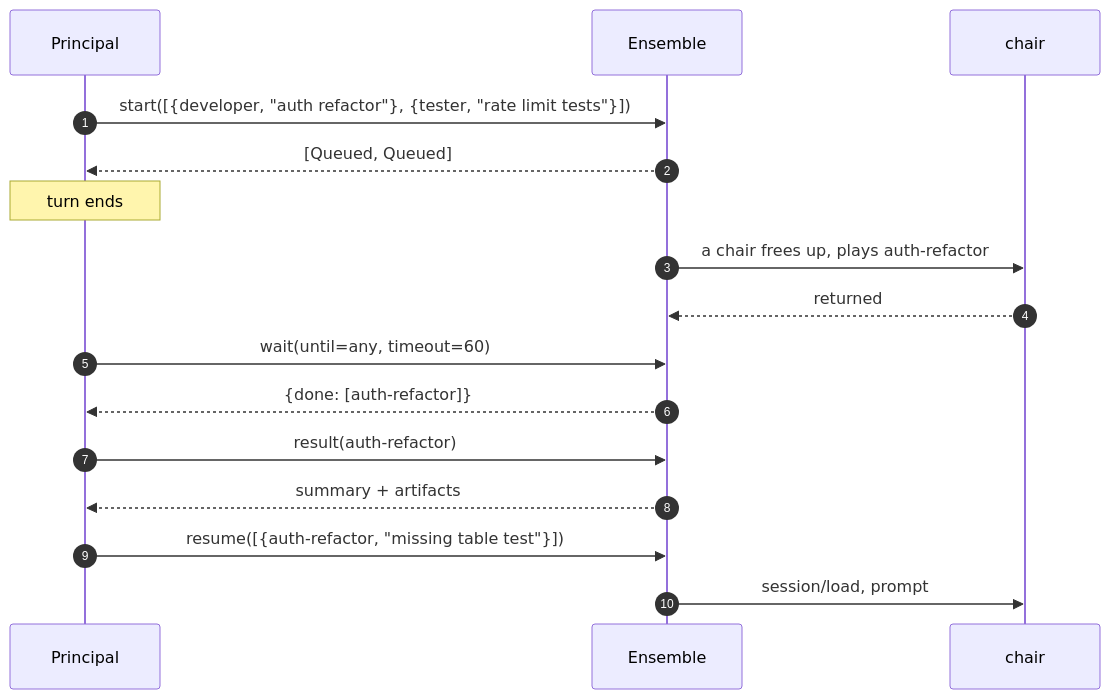
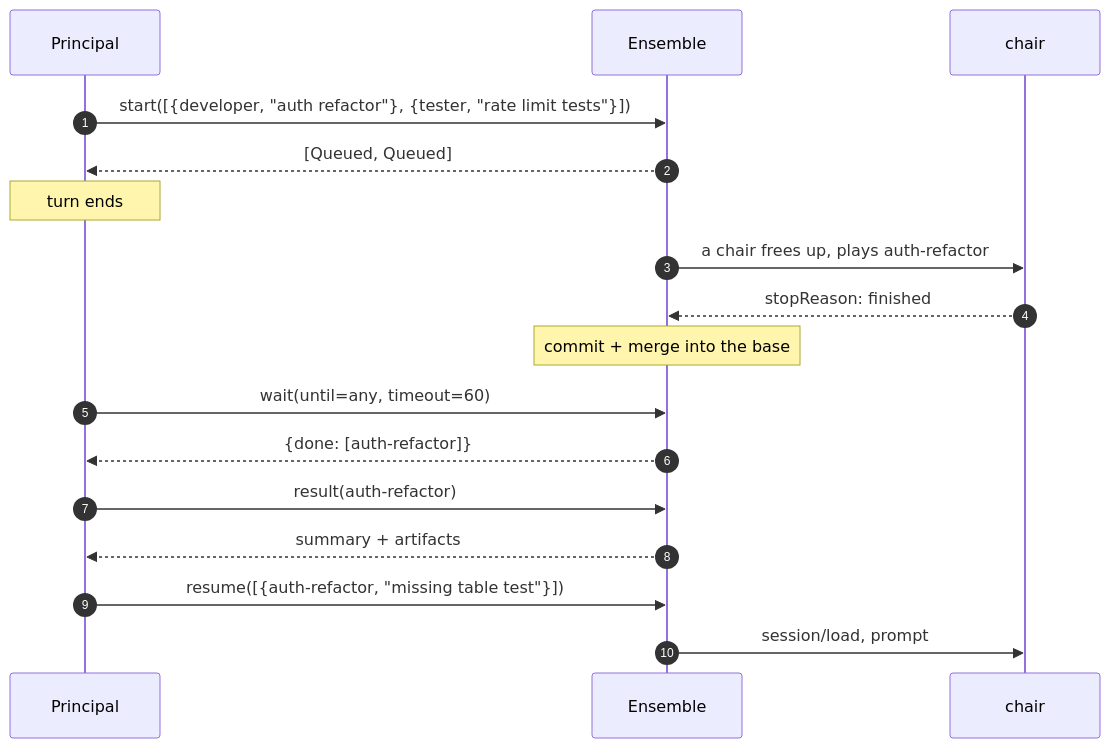
One commit to noclearreaction/symphony-maestro changed the diagram in docs/ensemble/diagrams/dispatch.md. Above: the diagram before and after it, drawn with Mermaid. The commit also changed other lines of this file and 9 other files, not shown here.

````diff
--- a/docs/ensemble/diagrams/dispatch.md
+++ b/docs/ensemble/diagrams/dispatch.md
@@ -6,18 +6,19 @@
 ```mermaid
 sequenceDiagram
   autonumber
   participant O as Principal
   participant E as Ensemble
   participant C as chair
   O->>E: start([{developer, "auth refactor"}, {tester, "rate limit tests"}])
   E-->>O: [Queued, Queued]
   Note over O: turn ends
   E->>C: a chair frees up, plays auth-refactor
-  C-->>E: returned
+  C-->>E: stopReason: finished
+  Note over E: commit + merge into the base
   O->>E: wait(until=any, timeout=60)
   E-->>O: {done: [auth-refactor]}
   O->>E: result(auth-refactor)
   E-->>O: summary + artifacts
   O->>E: resume([{auth-refactor, "missing table test"}])
   E->>C: session/load, prompt
 ```
````
